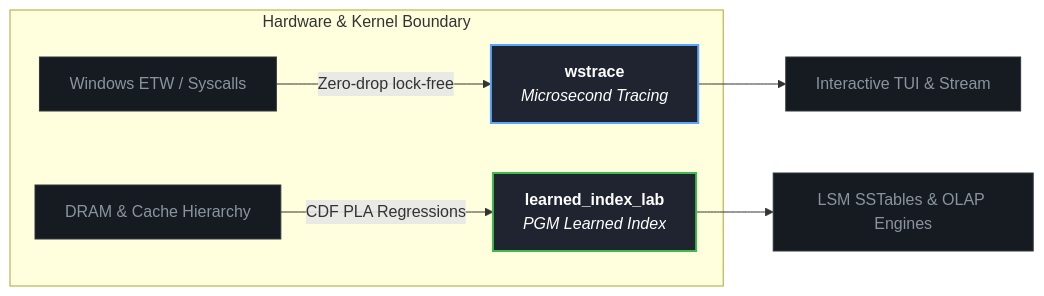
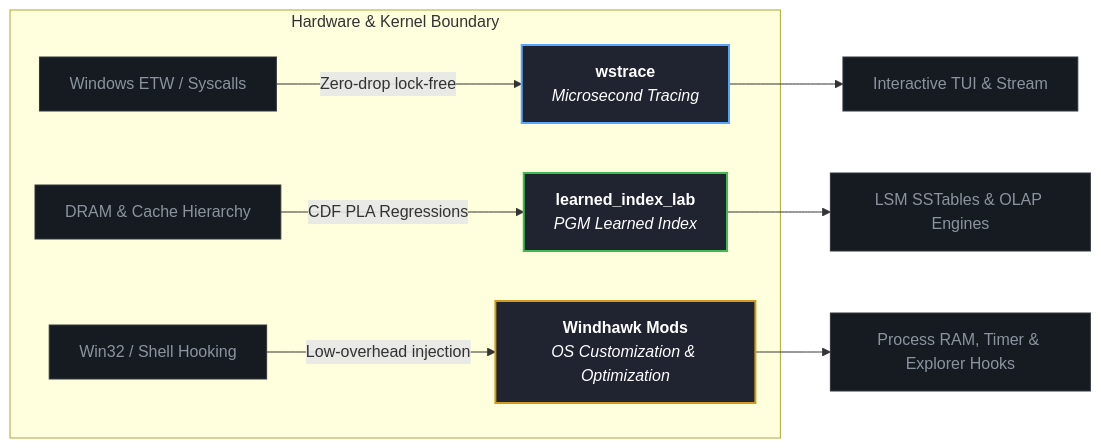
The diagram in README.md (gilnett/gilnett), drawn with Mermaid before and after one commit. The commit also changed other lines of this file, not shown here.

Commit message:
docs: highlight Windhawk mods and Windows internals engineering

````diff
--- a/README.md
+++ b/README.md
@@ -21,20 +22,26 @@
 ```mermaid
 graph LR
     subgraph "Hardware & Kernel Boundary"
         ETW["Windows ETW / Syscalls"] -->|Zero-drop lock-free| WSTRACE["<b>wstrace</b><br/><i>Microsecond Tracing</i>"]
         RAM["DRAM & Cache Hierarchy"] -->|CDF PLA Regressions| PGM["<b>learned_index_lab</b><br/><i>PGM Learned Index</i>"]
+        HOOK["Win32 / Shell Hooking"] -->|Low-overhead injection| WINDHAWK["<b>Windhawk Mods</b><br/><i>OS Customization & Optimization</i>"]
     end
 
     WSTRACE --> TUI["Interactive TUI & Stream"]
     PGM --> DB["LSM SSTables & OLAP Engines"]
+    WINDHAWK --> SHELL["Process RAM, Timer & Explorer Hooks"]
 
     click WSTRACE "https://github.com/gilnett/wstrace" "Open wstrace repo"
     click PGM "https://github.com/gilnett/learned_index_lab" "Open learned_index_lab repo"
+    click WINDHAWK "https://windhawk.net" "Open Windhawk mods"
 
     style WSTRACE fill:#1f2430,stroke:#58a6ff,stroke-width:2px,color:#fff
     style PGM fill:#1f2430,stroke:#3fb950,stroke-width:2px,color:#fff
+    style WINDHAWK fill:#1f2430,stroke:#d29922,stroke-width:2px,color:#fff
     style TUI fill:#161b22,stroke:#30363d,color:#8b949e
     style DB fill:#161b22,stroke:#30363d,color:#8b949e
+    style SHELL fill:#161b22,stroke:#30363d,color:#8b949e
     style ETW fill:#161b22,stroke:#30363d,color:#8b949e
     style RAM fill:#161b22,stroke:#30363d,color:#8b949e
+    style HOOK fill:#161b22,stroke:#30363d,color:#8b949e
 ```
````
